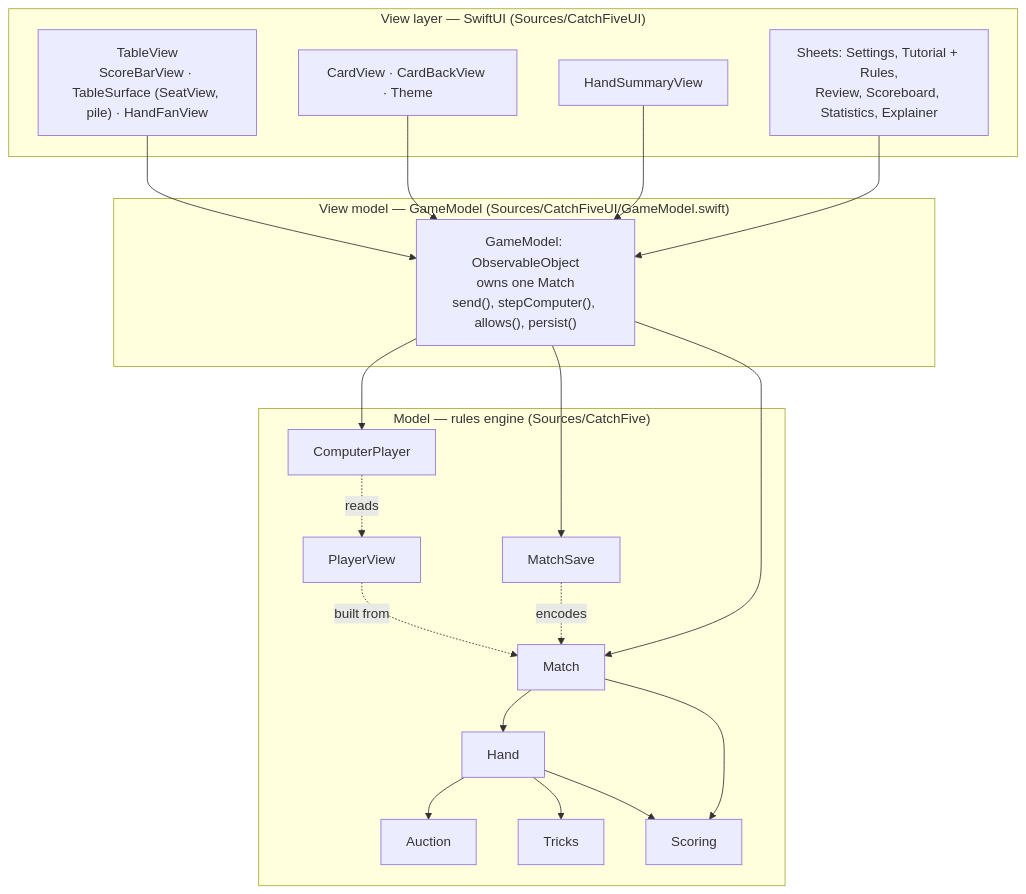
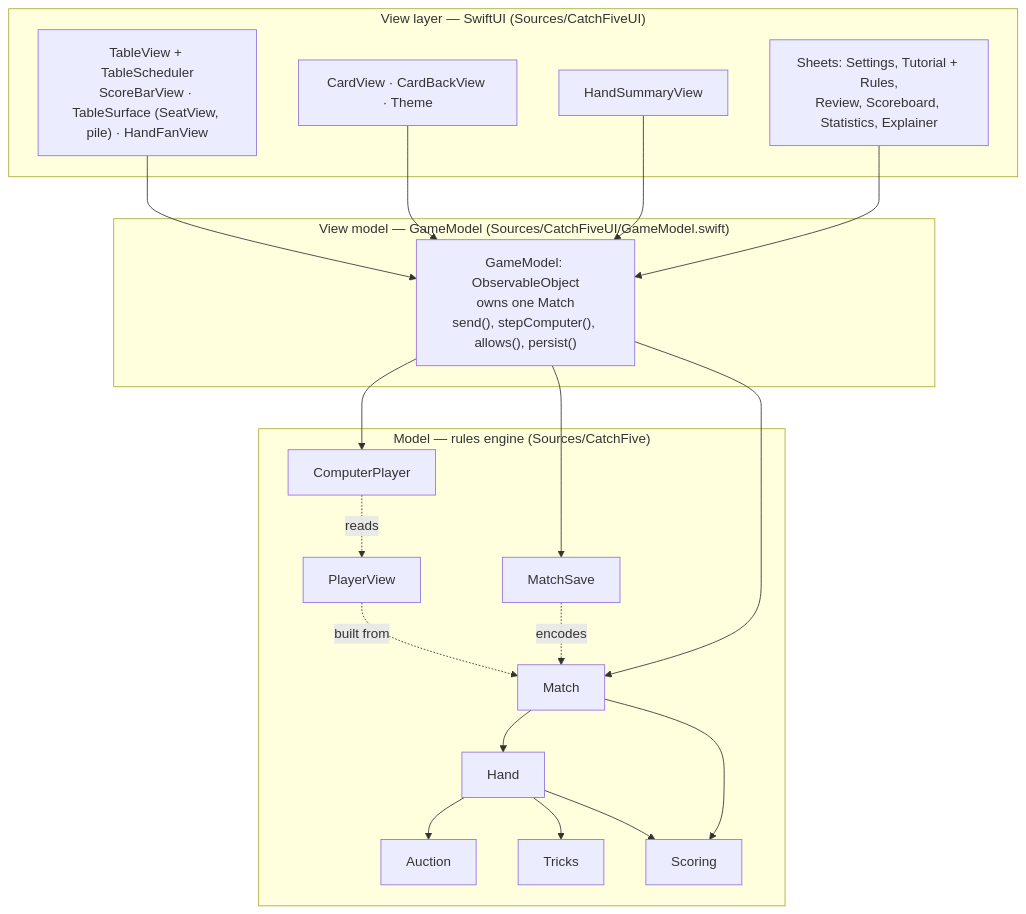
The first of 3 diagrams in docs/architecture.md (cmurphy1140/catch-5), drawn with Mermaid before and after one commit. The commit also changed 17 other files, not shown here.

````diff
--- a/docs/architecture.md
+++ b/docs/architecture.md
@@ -5,29 +5,29 @@
 ```mermaid
 flowchart TB
     subgraph View["View layer — SwiftUI (Sources/CatchFiveUI)"]
-        TV["TableView<br/>ScoreBarView · TableSurface (SeatView, pile) · HandFanView"]
+        TV["TableView + TableScheduler<br/>ScoreBarView · TableSurface (SeatView, pile) · HandFanView"]
         CV["CardView · CardBackView · Theme"]
         HS[HandSummaryView]
         SH["Sheets: Settings, Tutorial + Rules,<br/>Review, Scoreboard, Statistics, Explainer"]
     end
     subgraph VM["View model — GameModel (Sources/CatchFiveUI/GameModel.swift)"]
         GM["GameModel: ObservableObject<br/>owns one Match<br/>send(), stepComputer(), allows(), persist()"]
     end
     subgraph Model["Model — rules engine (Sources/CatchFive)"]
         M[Match] --> H[Hand]
         H --> AU[Auction]
         H --> TR[Tricks]
         H --> SC[Scoring]
         M --> SC
         CP[ComputerPlayer] -. reads .-> PV[PlayerView]
         PV -. built from .-> M
         MS[MatchSave] -. encodes .-> M
     end
     TV --> GM
     CV --> GM
     HS --> GM
     SH --> GM
     GM --> M
     GM --> CP
     GM --> MS
 ```
````
